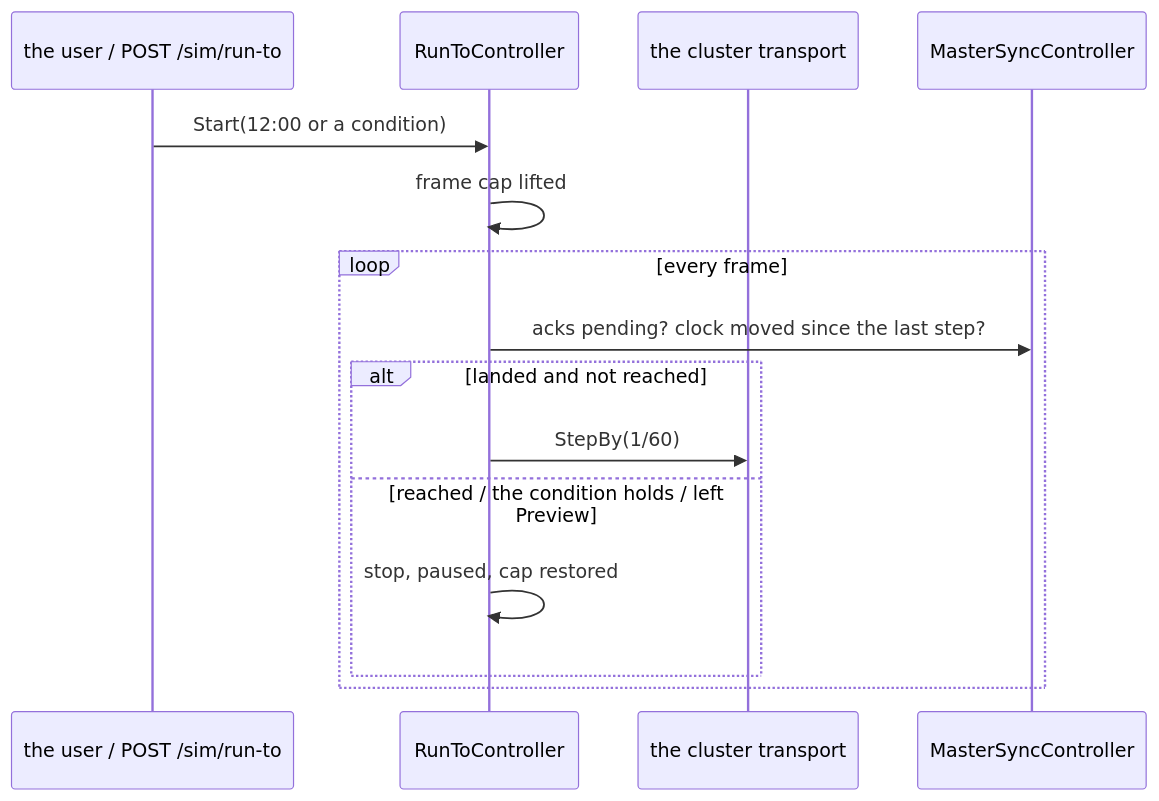
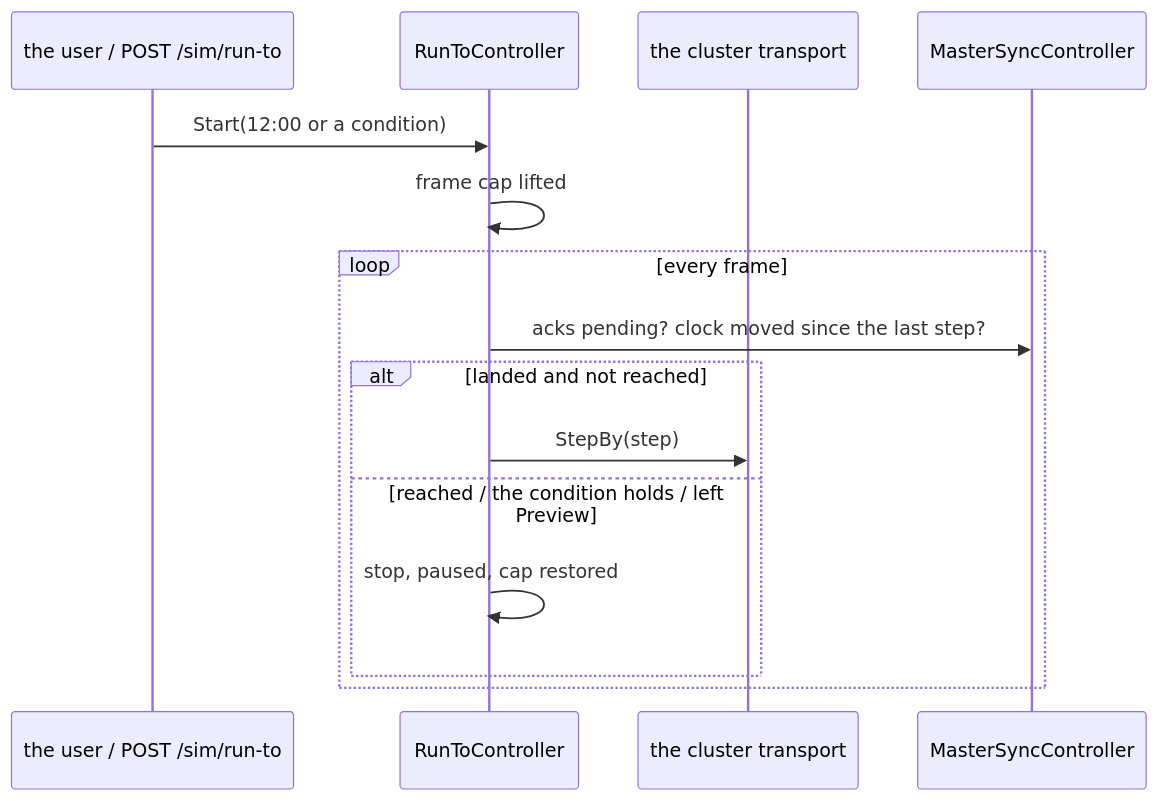
One commit to pjanec/HROT changed the fourth of 4 diagrams in docs/UX/DESIGN_Scenario_Lifecycle_Review.md. Above: the diagram before and after it, drawn with Mermaid. The commit also changed other lines of this file and 2 other files, not shown here.

First line of the commit message:
L-7 (CE-4316): designs to the as-built - lifecycle §2.8 UML (per-run step, turbo), Time §20 measured 0.9x at 1/60, 1.9x at 1/20

````diff
--- a/docs/UX/DESIGN_Scenario_Lifecycle_Review.md
+++ b/docs/UX/DESIGN_Scenario_Lifecycle_Review.md
@@ -169,17 +169,17 @@
 ```mermaid
 sequenceDiagram
   participant U as the user / POST /sim/run-to
   participant R as RunToController
   participant T as the cluster transport
   participant M as MasterSyncController
   U->>R: Start(12:00 or a condition)
   R->>R: frame cap lifted
   loop every frame
     R->>M: acks pending? clock moved since the last step?
     alt landed and not reached
-      R->>T: StepBy(1/60)
+      R->>T: StepBy(step)
     else reached / the condition holds / left Preview
       R->>R: stop, paused, cap restored
     end
   end
 ```
````
